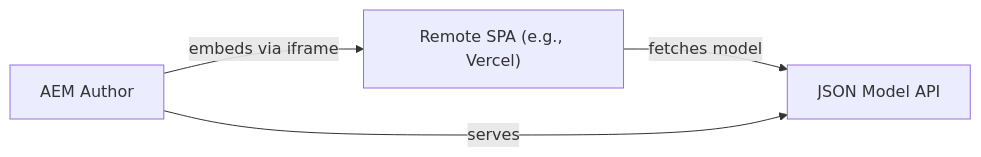
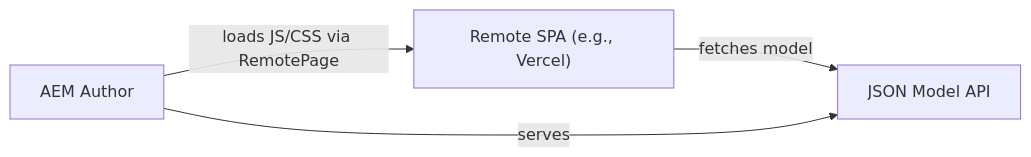
One commit to LucaNerlich/lucanerlich.com changed the fourth of 4 diagrams in docs/aem/ui/spa-editor.md. Above: the diagram before and after it, drawn with Mermaid. The commit also changed other lines of this file, not shown here.

Commit message:
fix: pin 1.x spa sdk, render with react 16 render, correct remote spa architecture, and update model annotations in spa editor (#805) (#901)

````diff
--- a/docs/aem/ui/spa-editor.md
+++ b/docs/aem/ui/spa-editor.md
@@ -386,10 +386,10 @@
 ```mermaid
 graph LR
     AEM["AEM Author"]
     Remote["Remote SPA (e.g., Vercel)"]
     JSON["JSON Model API"]
 
-    AEM -->|"embeds via iframe"| Remote
+    AEM -->|"loads JS/CSS via RemotePage"| Remote
     Remote -->|"fetches model"| JSON
     AEM -->|"serves"| JSON
 ```
````
